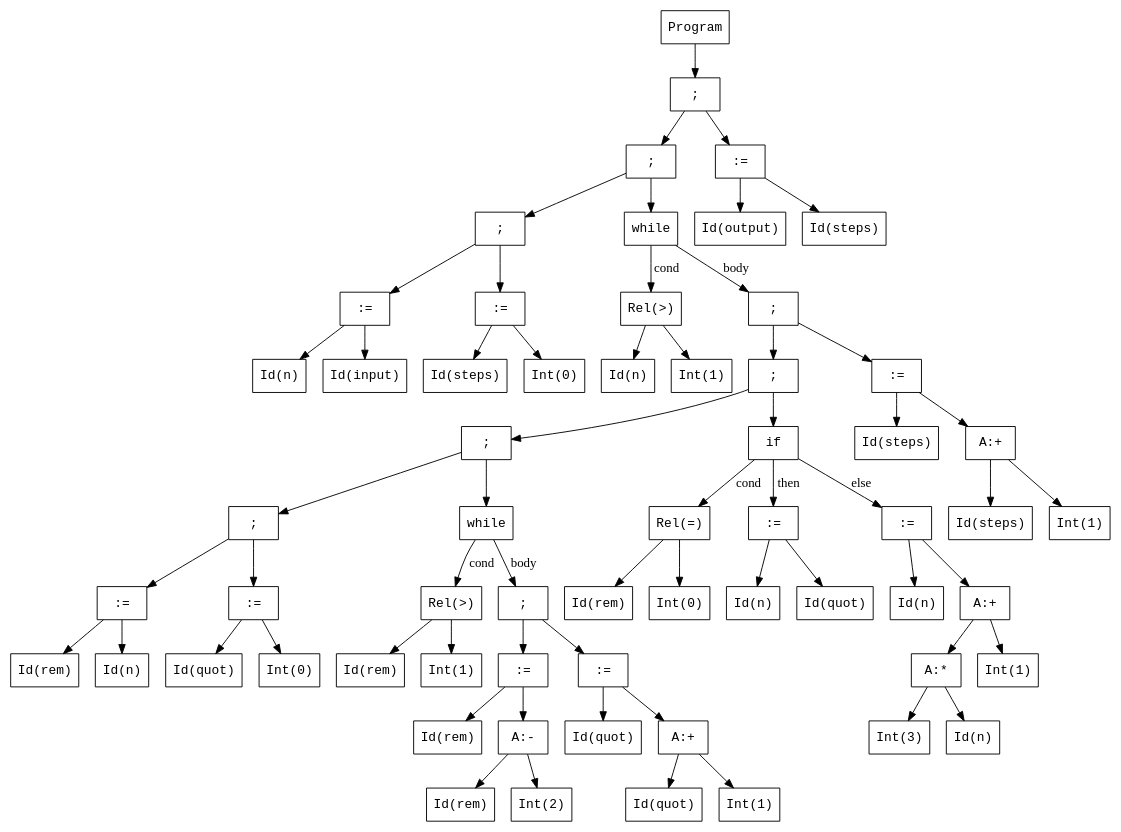
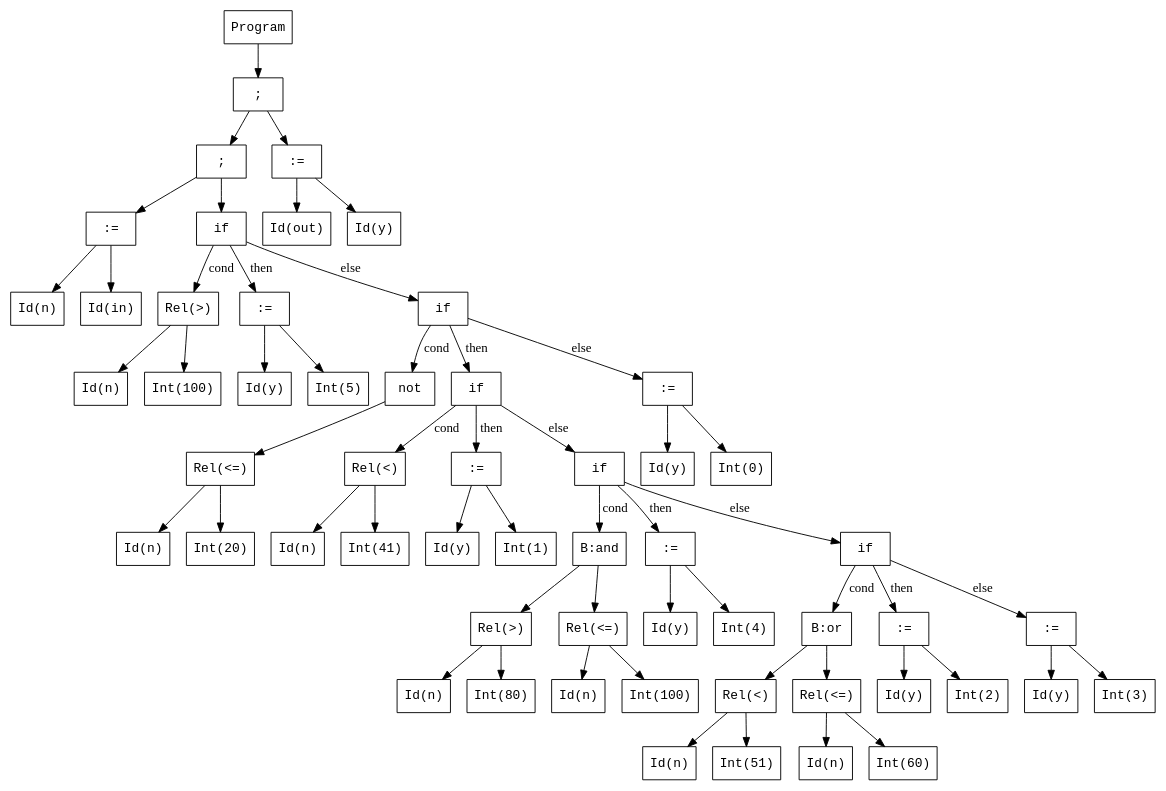
The diagram in task5/ast.dot (CatchSyntaxTerror/Terminators), drawn with Graphviz before and after one commit. The commit also changed 7 other files, not shown here.

```diff
--- a/task5/ast.dot
+++ b/task5/ast.dot
@@ -1,124 +1,114 @@
 digraph AST {
   node [shape=box, fontname="Courier"];
   n1 [label="Program"];
   n2 [label=";"];
   n3 [label=";"];
-  n4 [label=";"];
-  n5 [label=":="];
-  n6 [label="Id(n)"];
-  n7 [label="Id(input)"];
-  n5 -> n6;
-  n5 -> n7;
-  n8 [label=":="];
-  n9 [label="Id(steps)"];
-  n10 [label="Int(0)"];
+  n4 [label=":="];
+  n5 [label="Id(n)"];
+  n6 [label="Id(in)"];
+  n4 -> n5;
+  n4 -> n6;
+  n7 [label="if"];
+  n8 [label="Rel(>)"];
+  n9 [label="Id(n)"];
+  n10 [label="Int(100)"];
   n8 -> n9;
   n8 -> n10;
-  n4 -> n5;
-  n4 -> n8;
-  n11 [label="while"];
-  n12 [label="Rel(>)"];
-  n13 [label="Id(n)"];
-  n14 [label="Int(1)"];
-  n12 -> n13;
-  n12 -> n14;
-  n15 [label=";"];
-  n16 [label=";"];
-  n17 [label=";"];
-  n18 [label=";"];
-  n19 [label=":="];
-  n20 [label="Id(rem)"];
+  n11 [label=":="];
+  n12 [label="Id(y)"];
+  n13 [label="Int(5)"];
+  n11 -> n12;
+  n11 -> n13;
+  n14 [label="if"];
+  n15 [label="not"];
+  n16 [label="Rel(<=)"];
+  n17 [label="Id(n)"];
+  n18 [label="Int(20)"];
+  n16 -> n17;
+  n16 -> n18;
+  n15 -> n16;
+  n19 [label="if"];
+  n20 [label="Rel(<)"];
   n21 [label="Id(n)"];
-  n19 -> n20;
-  n19 -> n21;
-  n22 [label=":="];
-  n23 [label="Id(quot)"];
-  n24 [label="Int(0)"];
-  n22 -> n23;
-  n22 -> n24;
-  n18 -> n19;
-  n18 -> n22;
-  n25 [label="while"];
-  n26 [label="Rel(>)"];
-  n27 [label="Id(rem)"];
-  n28 [label="Int(1)"];
-  n26 -> n27;
-  n26 -> n28;
-  n29 [label=";"];
-  n30 [label=":="];
-  n31 [label="Id(rem)"];
-  n32 [label="A:-"];
-  n33 [label="Id(rem)"];
-  n34 [label="Int(2)"];
-  n32 -> n33;
-  n32 -> n34;
-  n30 -> n31;
-  n30 -> n32;
-  n35 [label=":="];
-  n36 [label="Id(quot)"];
-  n37 [label="A:+"];
-  n38 [label="Id(quot)"];
-  n39 [label="Int(1)"];
-  n37 -> n38;
-  n37 -> n39;
-  n35 -> n36;
-  n35 -> n37;
-  n29 -> n30;
-  n29 -> n35;
-  n25 -> n26 [label="cond"];
-  n25 -> n29 [label="body"];
-  n17 -> n18;
-  n17 -> n25;
-  n40 [label="if"];
-  n41 [label="Rel(=)"];
-  n42 [label="Id(rem)"];
-  n43 [label="Int(0)"];
-  n41 -> n42;
-  n41 -> n43;
-  n44 [label=":="];
-  n45 [label="Id(n)"];
-  n46 [label="Id(quot)"];
-  n44 -> n45;
-  n44 -> n46;
-  n47 [label=":="];
-  n48 [label="Id(n)"];
-  n49 [label="A:+"];
-  n50 [label="A:*"];
-  n51 [label="Int(3)"];
-  n52 [label="Id(n)"];
-  n50 -> n51;
-  n50 -> n52;
-  n53 [label="Int(1)"];
-  n49 -> n50;
-  n49 -> n53;
-  n47 -> n48;
-  n47 -> n49;
-  n40 -> n41 [label="cond"];
-  n40 -> n44 [label="then"];
-  n40 -> n47 [label="else"];
-  n16 -> n17;
-  n16 -> n40;
+  n22 [label="Int(41)"];
+  n20 -> n21;
+  n20 -> n22;
+  n23 [label=":="];
+  n24 [label="Id(y)"];
+  n25 [label="Int(1)"];
+  n23 -> n24;
+  n23 -> n25;
+  n26 [label="if"];
+  n27 [label="B:and"];
+  n28 [label="Rel(>)"];
+  n29 [label="Id(n)"];
+  n30 [label="Int(80)"];
+  n28 -> n29;
+  n28 -> n30;
+  n31 [label="Rel(<=)"];
+  n32 [label="Id(n)"];
+  n33 [label="Int(100)"];
+  n31 -> n32;
+  n31 -> n33;
+  n27 -> n28;
+  n27 -> n31;
+  n34 [label=":="];
+  n35 [label="Id(y)"];
+  n36 [label="Int(4)"];
+  n34 -> n35;
+  n34 -> n36;
+  n37 [label="if"];
+  n38 [label="B:or"];
+  n39 [label="Rel(<)"];
+  n40 [label="Id(n)"];
+  n41 [label="Int(51)"];
+  n39 -> n40;
+  n39 -> n41;
+  n42 [label="Rel(<=)"];
+  n43 [label="Id(n)"];
+  n44 [label="Int(60)"];
+  n42 -> n43;
+  n42 -> n44;
+  n38 -> n39;
+  n38 -> n42;
+  n45 [label=":="];
+  n46 [label="Id(y)"];
+  n47 [label="Int(2)"];
+  n45 -> n46;
+  n45 -> n47;
+  n48 [label=":="];
+  n49 [label="Id(y)"];
+  n50 [label="Int(3)"];
+  n48 -> n49;
+  n48 -> n50;
+  n37 -> n38 [label="cond"];
+  n37 -> n45 [label="then"];
+  n37 -> n48 [label="else"];
+  n26 -> n27 [label="cond"];
+  n26 -> n34 [label="then"];
+  n26 -> n37 [label="else"];
+  n19 -> n20 [label="cond"];
+  n19 -> n23 [label="then"];
+  n19 -> n26 [label="else"];
+  n51 [label=":="];
+  n52 [label="Id(y)"];
+  n53 [label="Int(0)"];
+  n51 -> n52;
+  n51 -> n53;
+  n14 -> n15 [label="cond"];
+  n14 -> n19 [label="then"];
+  n14 -> n51 [label="else"];
+  n7 -> n8 [label="cond"];
+  n7 -> n11 [label="then"];
+  n7 -> n14 [label="else"];
+  n3 -> n4;
+  n3 -> n7;
   n54 [label=":="];
-  n55 [label="Id(steps)"];
-  n56 [label="A:+"];
-  n57 [label="Id(steps)"];
-  n58 [label="Int(1)"];
-  n56 -> n57;
-  n56 -> n58;
+  n55 [label="Id(out)"];
+  n56 [label="Id(y)"];
   n54 -> n55;
   n54 -> n56;
-  n15 -> n16;
-  n15 -> n54;
-  n11 -> n12 [label="cond"];
-  n11 -> n15 [label="body"];
-  n3 -> n4;
-  n3 -> n11;
-  n59 [label=":="];
-  n60 [label="Id(output)"];
-  n61 [label="Id(steps)"];
-  n59 -> n60;
-  n59 -> n61;
   n2 -> n3;
-  n2 -> n59;
+  n2 -> n54;
   n1 -> n2;
 }
```
